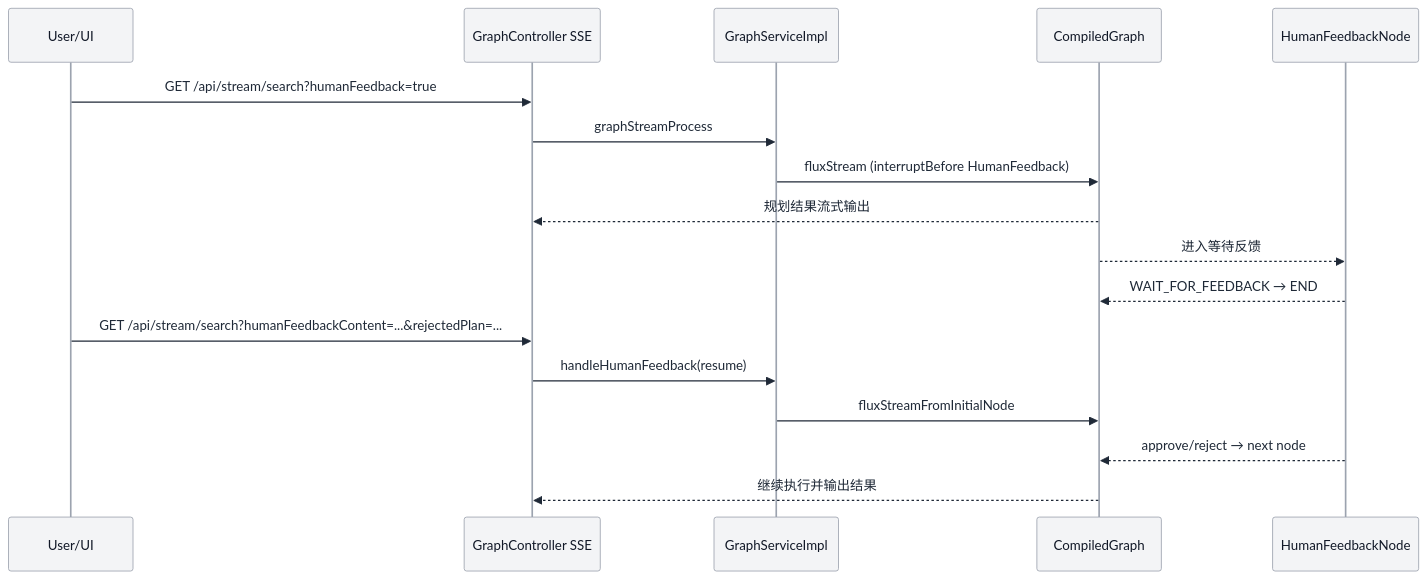
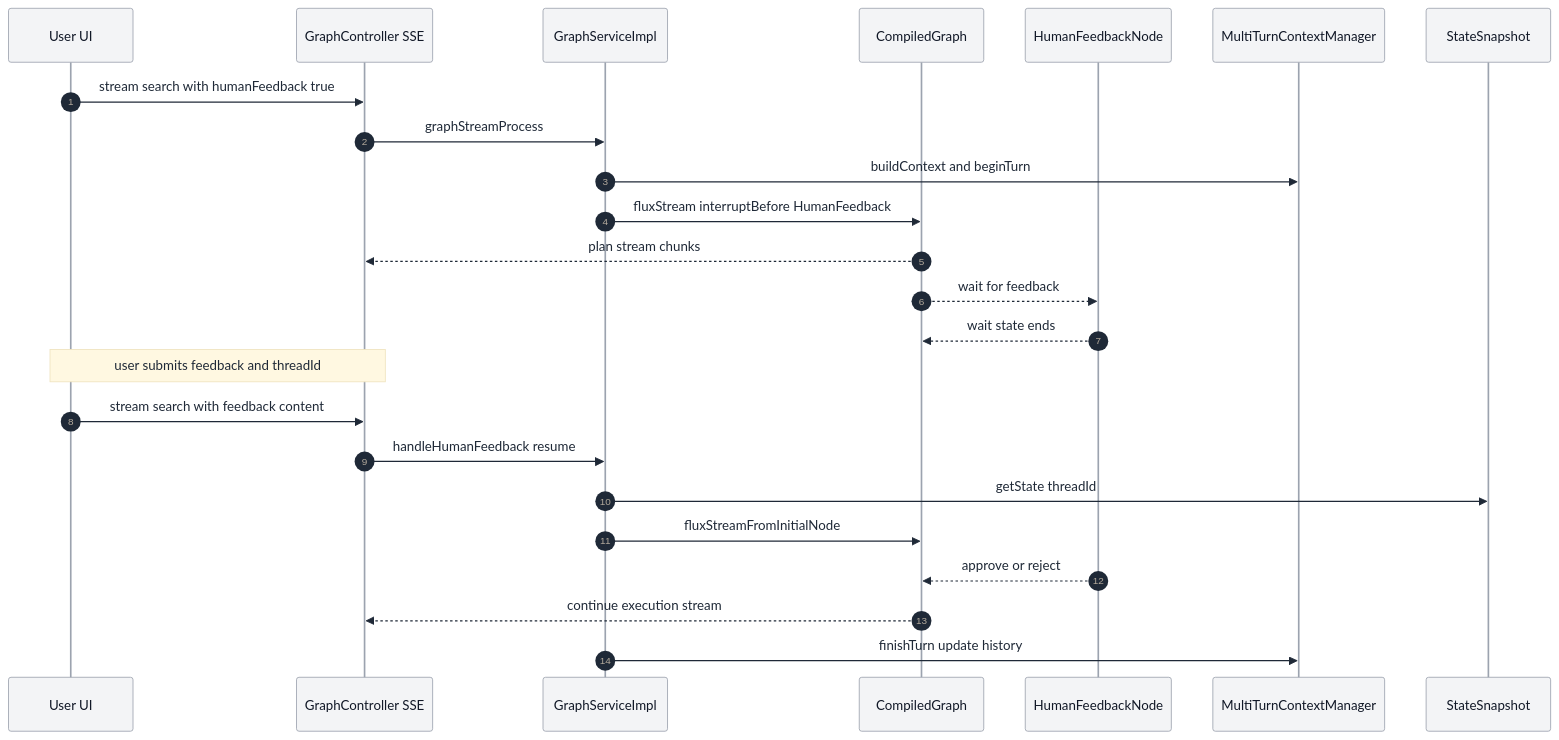
The fourth of 18 diagrams in README.md (spring-ai-alibaba/DataAgent), drawn with Mermaid before and after one commit. The commit also changed other lines of this file, not shown here.

Commit message:
refactor: enhance README with updated architecture diagrams, improved class definitions, and refined workflow processes for clarity

````diff
--- a/README.md
+++ b/README.md
@@ -164,22 +232,29 @@
 ```mermaid
 %%{init: {"theme": "base", "themeVariables": {"primaryColor": "#E3F2FD", "primaryBorderColor": "#1E88E5", "primaryTextColor": "#1F2937", "lineColor": "#4B5563", "secondaryColor": "#E8F5E9", "tertiaryColor": "#FFF1D6", "actorBkg": "#F3F4F6", "actorBorder": "#9CA3AF", "actorTextColor": "#111827", "noteBkgColor": "#FFF8E1", "noteTextColor": "#1F2937"}}}%%
 sequenceDiagram
-  participant U as User/UI
+  autonumber
+  participant U as User UI
   participant API as GraphController SSE
   participant GS as GraphServiceImpl
   participant G as CompiledGraph
   participant HF as HumanFeedbackNode
+  participant CTX as MultiTurnContextManager
+  participant SS as StateSnapshot
 
-  U->>API: GET /api/stream/search?humanFeedback=true
+  U->>API: stream search with humanFeedback true
   API->>GS: graphStreamProcess
-  GS->>G: fluxStream (interruptBefore HumanFeedback)
-  G-->>API: 规划结果流式输出
-  G-->>HF: 进入等待反馈
-  HF-->>G: WAIT_FOR_FEEDBACK → END
+  GS->>CTX: buildContext and beginTurn
+  GS->>G: fluxStream interruptBefore HumanFeedback
+  G-->>API: plan stream chunks
+  G-->>HF: wait for feedback
+  HF-->>G: wait state ends
 
-  U->>API: GET /api/stream/search?humanFeedbackContent=...&rejectedPlan=...
-  API->>GS: handleHumanFeedback(resume)
+  Note over U,API: user submits feedback and threadId
+  U->>API: stream search with feedback content
+  API->>GS: handleHumanFeedback resume
+  GS->>SS: getState threadId
   GS->>G: fluxStreamFromInitialNode
-  HF-->>G: approve/reject → next node
-  G-->>API: 继续执行并输出结果
+  HF-->>G: approve or reject
+  G-->>API: continue execution stream
+  GS->>CTX: finishTurn update history
 ```
````
